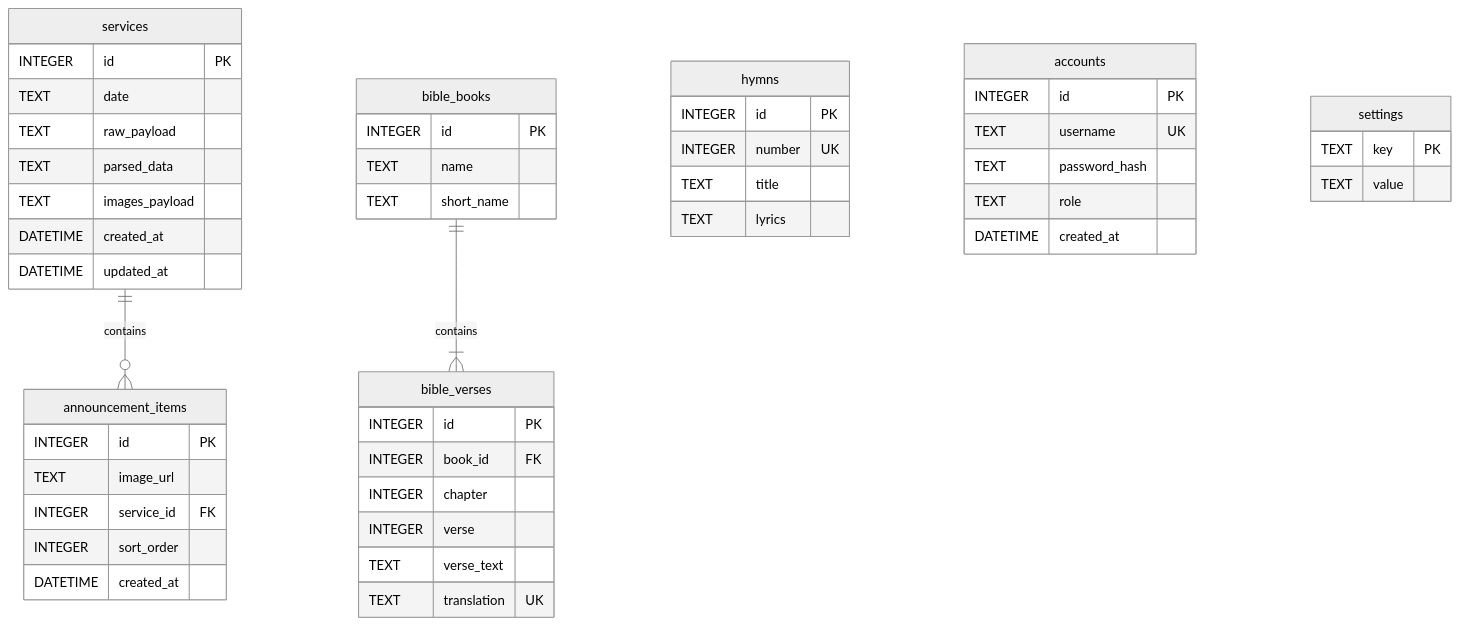
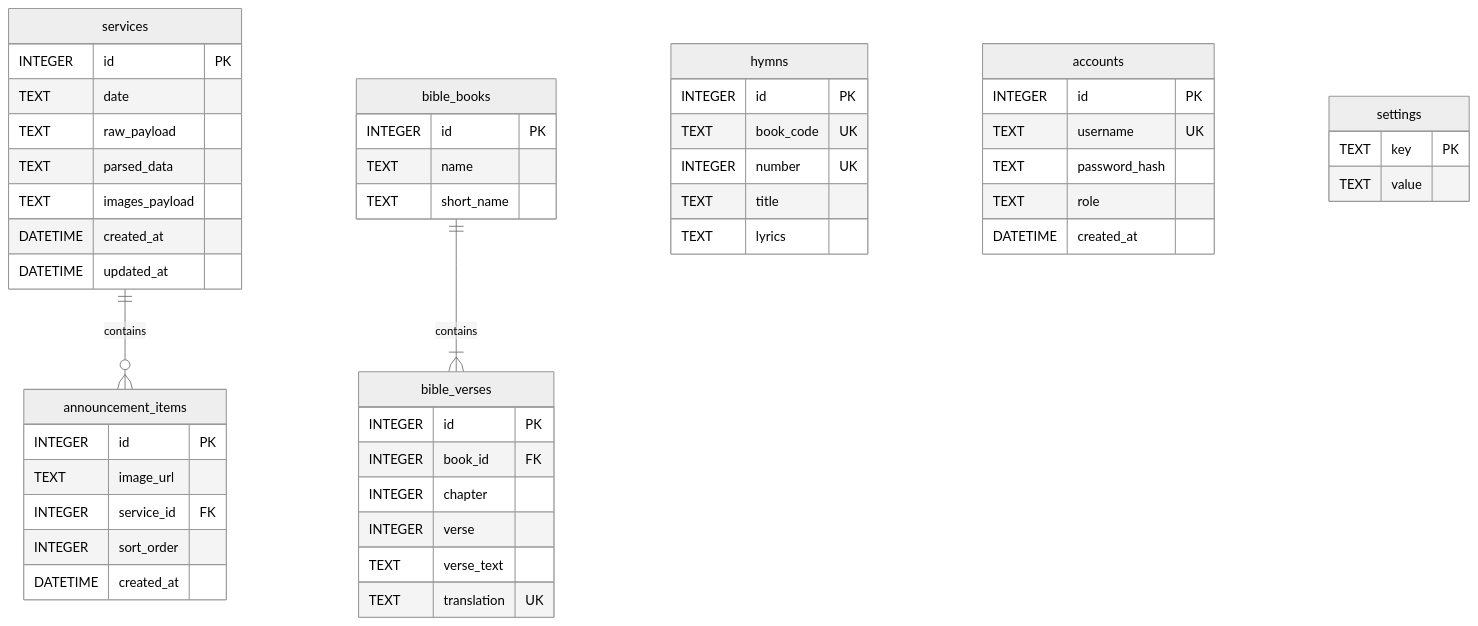
Before and after one commit to kodesh87/worship-presenter-web: the diagram in docs/data-models-monolith.md, drawn with Mermaid (neutral theme). The commit also changed other lines of this file and 29 other files, not shown here.

````diff
--- a/docs/data-models-monolith.md
+++ b/docs/data-models-monolith.md
@@ -18,58 +18,59 @@
 ```mermaid
 erDiagram
     services ||--o{ announcement_items : "contains"
     bible_books ||--|{ bible_verses : "contains"
     
     services {
         INTEGER id PK
         TEXT date
         TEXT raw_payload
         TEXT parsed_data
         TEXT images_payload
         DATETIME created_at
         DATETIME updated_at
     }
 
     announcement_items {
         INTEGER id PK
         TEXT image_url
         INTEGER service_id FK
         INTEGER sort_order
         DATETIME created_at
     }
 
     hymns {
         INTEGER id PK
+        TEXT book_code UK
         INTEGER number UK
         TEXT title
         TEXT lyrics
     }
 
     accounts {
         INTEGER id PK
         TEXT username UK
         TEXT password_hash
         TEXT role
         DATETIME created_at
     }
 
     settings {
         TEXT key PK
         TEXT value
     }
 
     bible_books {
         INTEGER id PK
         TEXT name
         TEXT short_name
     }
 
     bible_verses {
         INTEGER id PK
         INTEGER book_id FK
         INTEGER chapter
         INTEGER verse
         TEXT verse_text
         TEXT translation UK
     }
 ```
````
